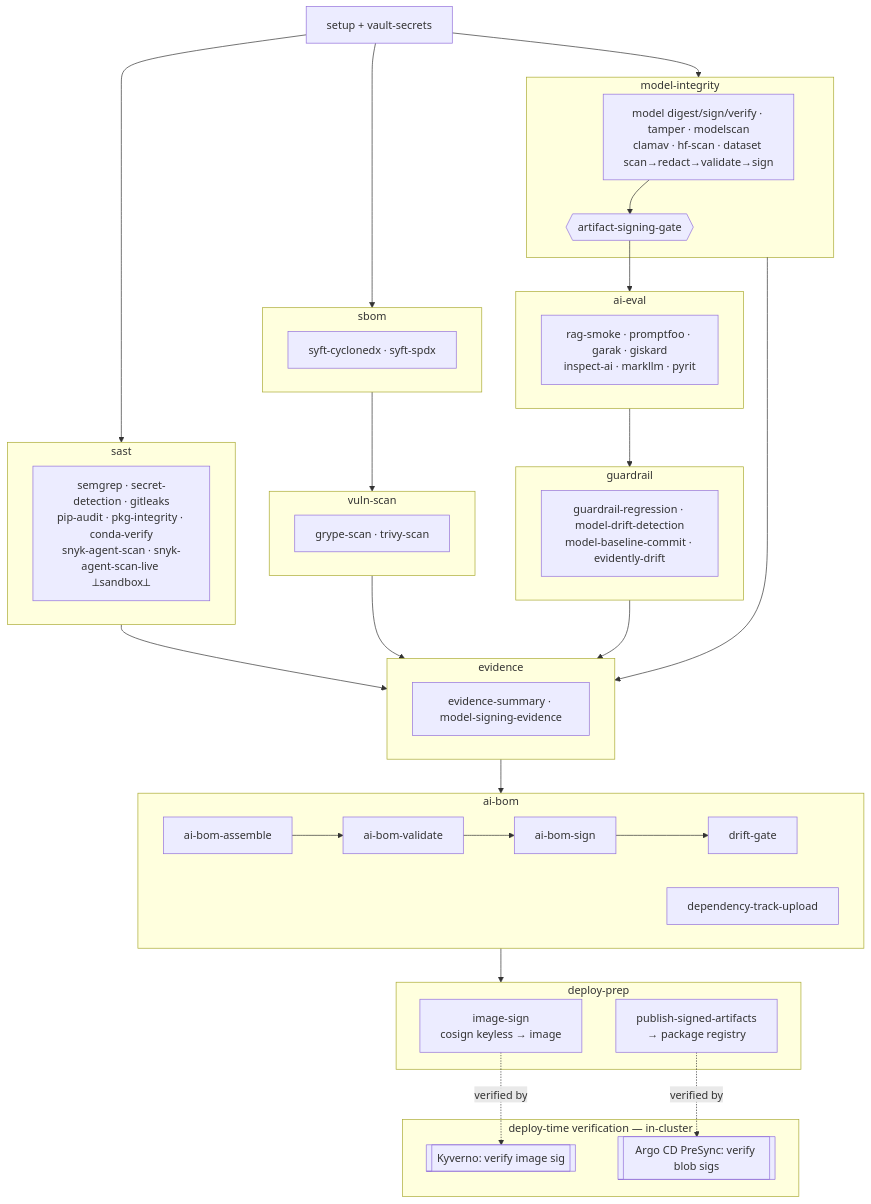
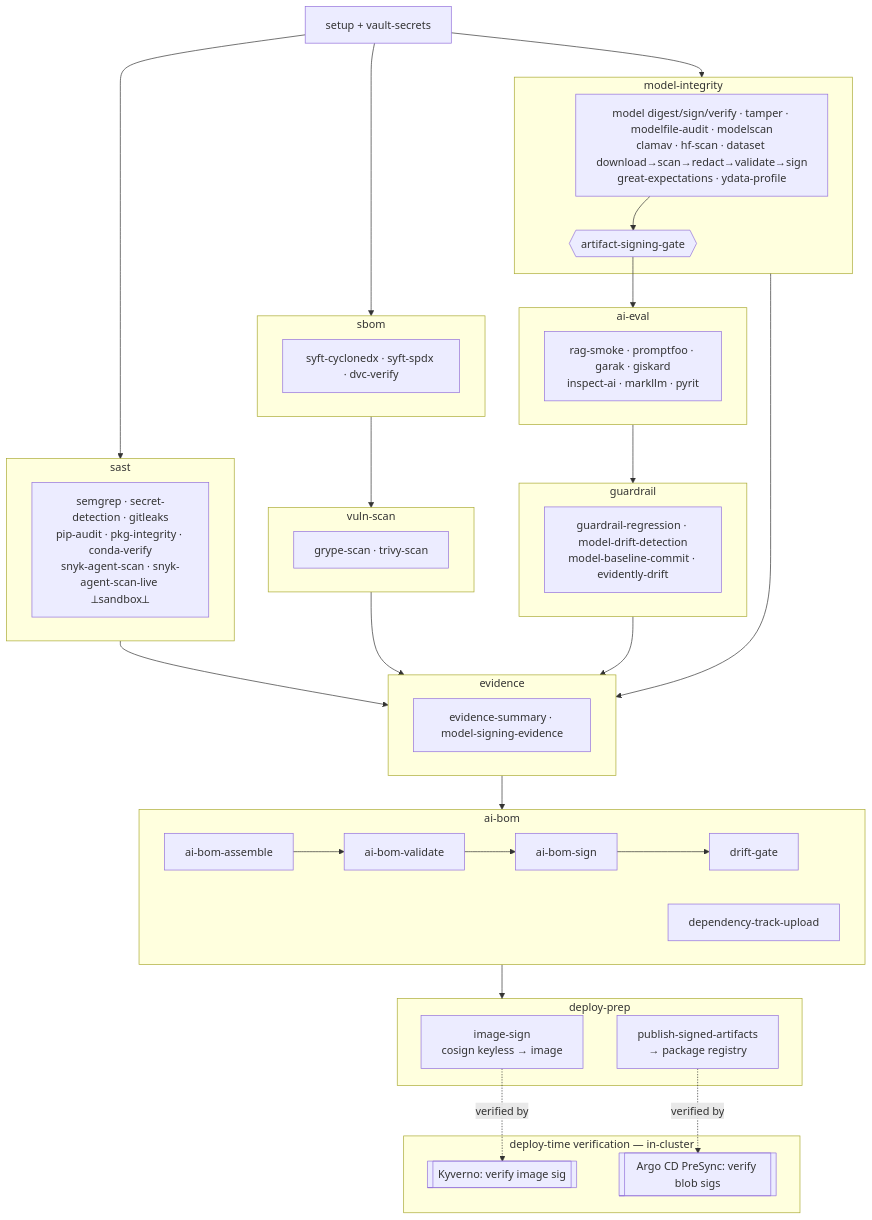
One commit to Nate-Carroll-Cyber/mlsecdevops-pipeline-example changed the diagram in docs/gaips-materials/ci/SBOM.md. Above: the diagram before and after it, drawn with Mermaid. The commit also changed other lines of this file and 26 other files, not shown here.

````diff
--- a/docs/gaips-materials/ci/SBOM.md
+++ b/docs/gaips-materials/ci/SBOM.md
@@ -18,47 +18,47 @@
 ```mermaid
 flowchart TD
     setup[setup + vault-secrets]
     subgraph SAST [sast]
       s1[semgrep · secret-detection · gitleaks<br/>pip-audit · pkg-integrity · conda-verify<br/>snyk-agent-scan · snyk-agent-scan-live ⟂sandbox⟂]
     end
     subgraph SBOM [sbom]
-      s2[syft-cyclonedx · syft-spdx]
+      s2[syft-cyclonedx · syft-spdx · dvc-verify]
     end
     subgraph VULN [vuln-scan]
       s3[grype-scan · trivy-scan]
     end
     subgraph MI [model-integrity]
-      s4[model digest/sign/verify · tamper · modelscan<br/>clamav · hf-scan · dataset scan→redact→validate→sign]
+      s4[model digest/sign/verify · tamper · modelfile-audit · modelscan<br/>clamav · hf-scan · dataset download→scan→redact→validate→sign<br/>great-expectations · ydata-profile]
       g{{artifact-signing-gate}}
       s4 --> g
     end
     subgraph EVAL [ai-eval]
       s5[rag-smoke · promptfoo · garak · giskard<br/>inspect-ai · markllm · pyrit]
     end
     subgraph GUARD [guardrail]
       s6[guardrail-regression · model-drift-detection<br/>model-baseline-commit · evidently-drift]
     end
     subgraph EVID [evidence]
       s7[evidence-summary · model-signing-evidence]
     end
     subgraph AIBOM [ai-bom]
       a1[ai-bom-assemble] --> a2[ai-bom-validate] --> a3[ai-bom-sign] --> a4[drift-gate]
       a5[dependency-track-upload]
     end
     subgraph DEPLOY [deploy-prep]
       d1[image-sign<br/>cosign keyless → image]
       d2[publish-signed-artifacts<br/>→ package registry]
     end
     subgraph VERIFY [deploy-time verification — in-cluster]
       v1[[Kyverno: verify image sig]]
       v2[[Argo CD PreSync: verify blob sigs]]
     end
 
     setup --> SAST & SBOM & MI
     SBOM --> VULN
     g --> EVAL --> GUARD
     SAST & VULN & GUARD & MI --> EVID
     EVID --> AIBOM --> DEPLOY
     d1 -. "verified by" .-> v1
     d2 -. "verified by" .-> v2
 ```
````
